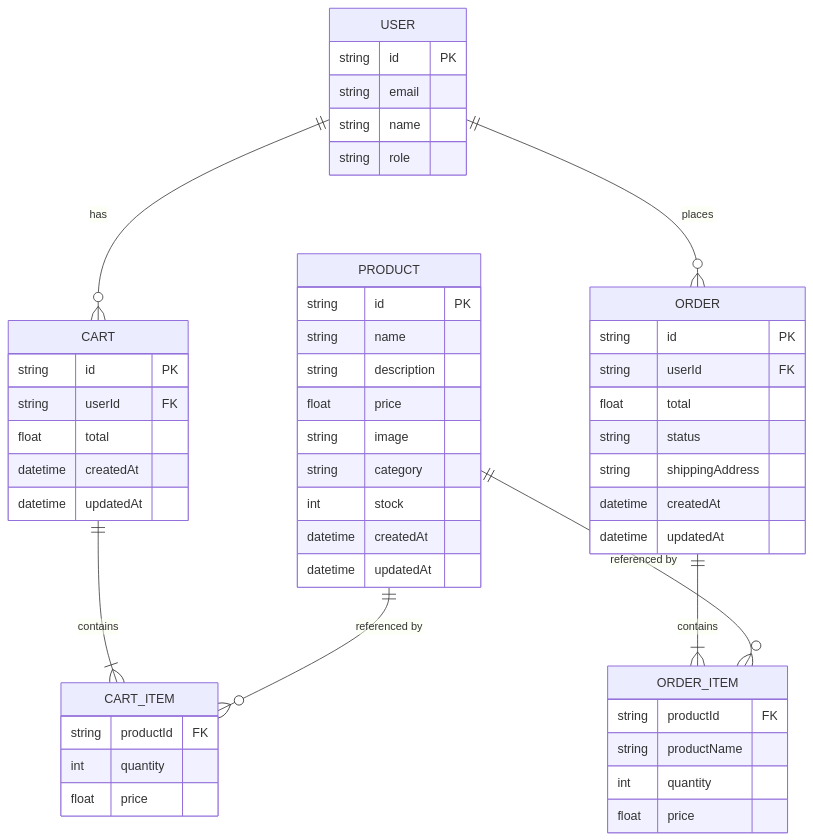
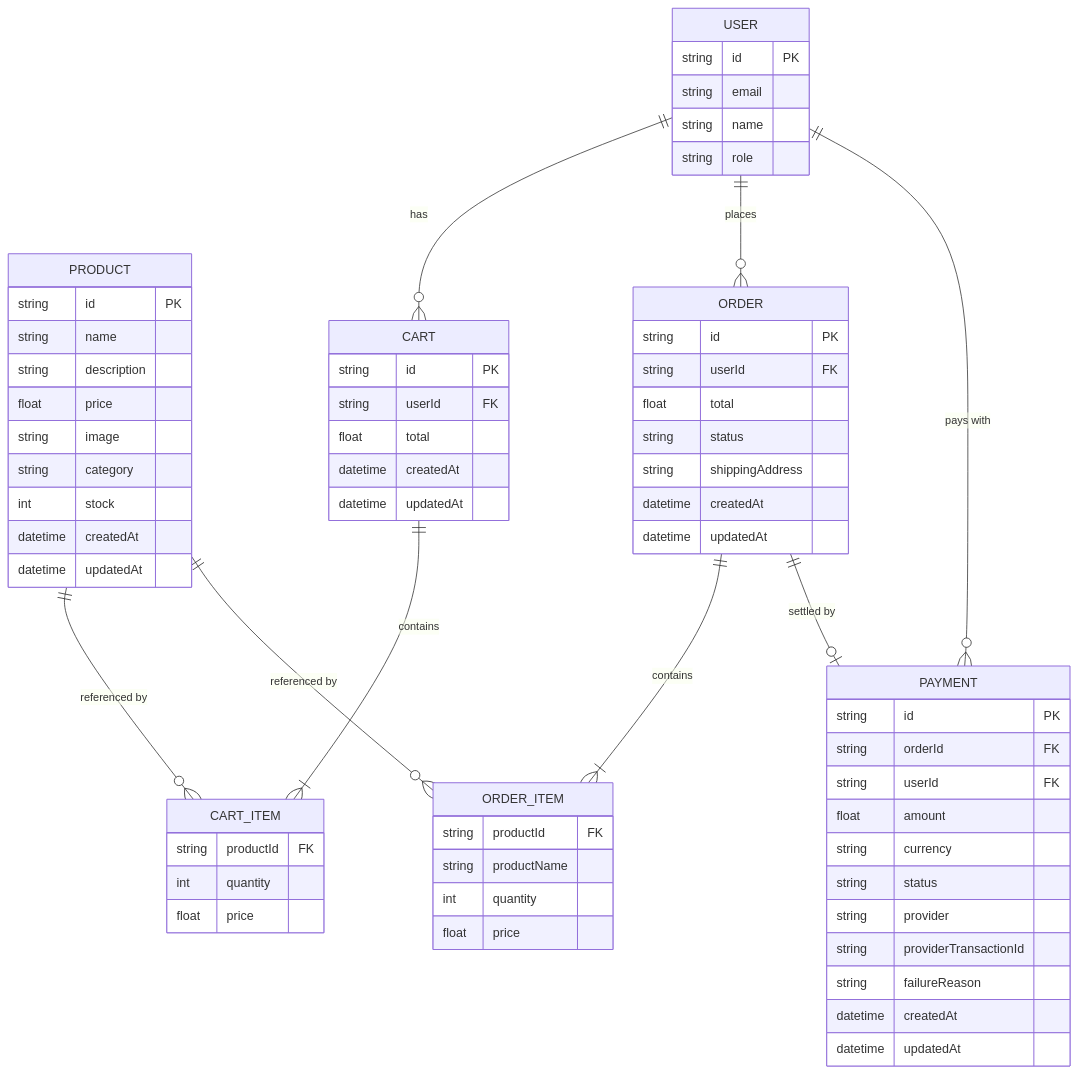
Before and after one commit to d-subrahmanyam/deno-fresh-microservices: the seventh of 9 diagrams in docs/ARCHITECTURE.md, drawn with Mermaid. The commit also changed other lines of this file and 62 other files, not shown here.

````diff
--- a/docs/ARCHITECTURE.md
+++ b/docs/ARCHITECTURE.md
@@ -266,54 +309,69 @@
 ```mermaid
 erDiagram
     USER {
         string id PK
         string email
         string name
         string role
     }
     PRODUCT {
         string id PK
         string name
         string description
         float price
         string image
         string category
         int stock
         datetime createdAt
         datetime updatedAt
     }
     CART {
         string id PK
         string userId FK
         float total
         datetime createdAt
         datetime updatedAt
     }
     CART_ITEM {
         string productId FK
         int quantity
         float price
     }
     ORDER {
         string id PK
         string userId FK
         float total
         string status
         string shippingAddress
         datetime createdAt
         datetime updatedAt
     }
     ORDER_ITEM {
         string productId FK
         string productName
         int quantity
         float price
     }
+    PAYMENT {
+        string id PK
+        string orderId FK
+        string userId FK
+        float amount
+        string currency
+        string status
+        string provider
+        string providerTransactionId
+        string failureReason
+        datetime createdAt
+        datetime updatedAt
+    }
 
     USER ||--o{ CART : "has"
     USER ||--o{ ORDER : "places"
+    USER ||--o{ PAYMENT : "pays with"
     CART ||--|{ CART_ITEM : "contains"
     ORDER ||--|{ ORDER_ITEM : "contains"
+    ORDER ||--o| PAYMENT : "settled by"
     PRODUCT ||--o{ CART_ITEM : "referenced by"
     PRODUCT ||--o{ ORDER_ITEM : "referenced by"
 ```
````
